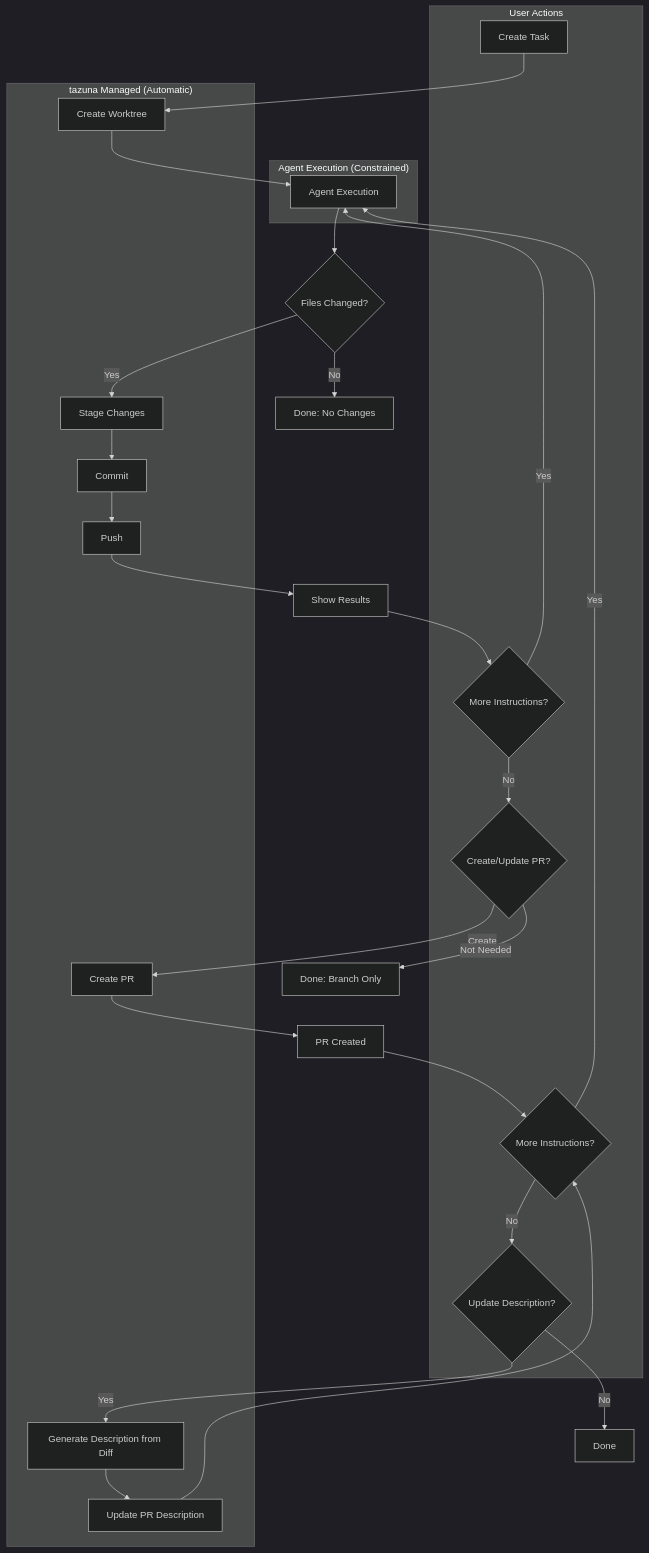
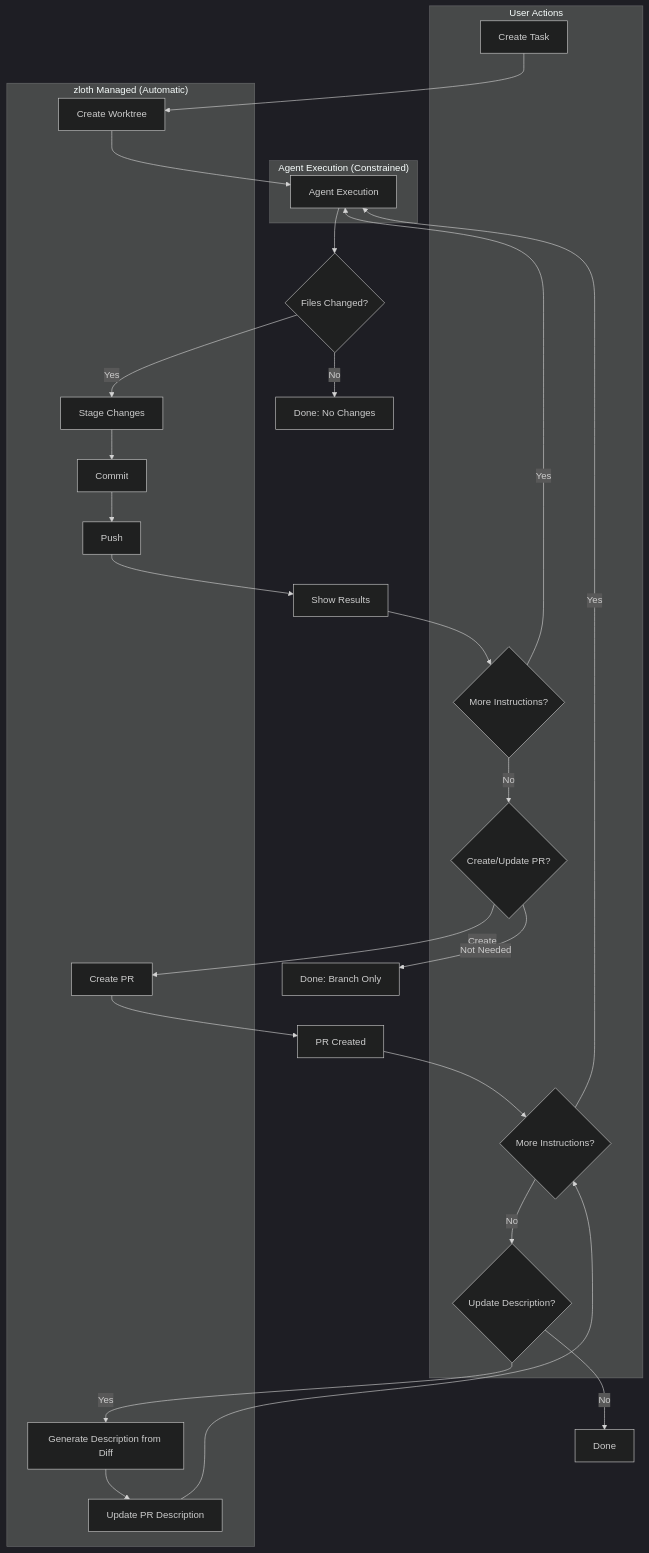
The fifth of 9 diagrams in docs/git_operation_design.md (hampen2929/zloth), drawn with Mermaid (dark theme) before and after one commit. The commit also changed other lines of this file and 175 other files, not shown here.

````diff
--- a/docs/git_operation_design.md
+++ b/docs/git_operation_design.md
@@ -168,46 +168,46 @@
 ```mermaid
 flowchart TD
     A[Create Task] --> B[Create Worktree]
     B --> C[Agent Execution]
     C --> D{Files Changed?}
     D -->|Yes| E[Stage Changes]
     D -->|No| F[Done: No Changes]
     E --> G[Commit]
     G --> H[Push]
     H --> I[Show Results]
     I --> J{More Instructions?}
     J -->|Yes| C
     J -->|No| K{Create/Update PR?}
     K -->|Create| L[Create PR]
     K -->|Not Needed| M[Done: Branch Only]
     L --> N[PR Created]
     N --> O{More Instructions?}
     O -->|Yes| C
     O -->|No| P{Update Description?}
     P -->|Yes| Q[Generate Description from Diff]
     Q --> R[Update PR Description]
     R --> O
     P -->|No| S[Done]
     
     subgraph "Agent Execution (Constrained)"
         C
     end
     
-    subgraph "tazuna Managed (Automatic)"
+    subgraph "zloth Managed (Automatic)"
         B
         E
         G
         H
         L
         Q
         R
     end
     
     subgraph "User Actions"
         A
         J
         K
         O
         P
     end
 ```
````
